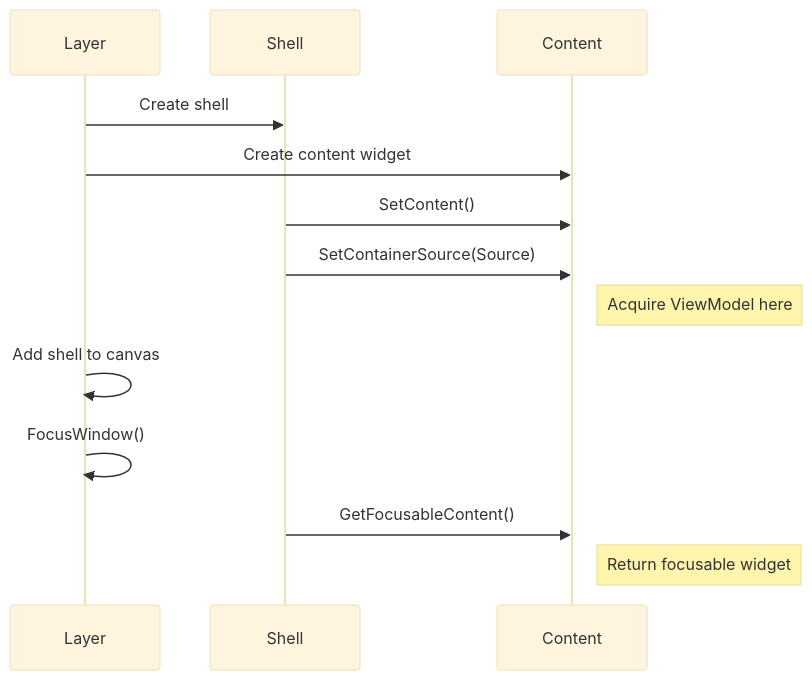
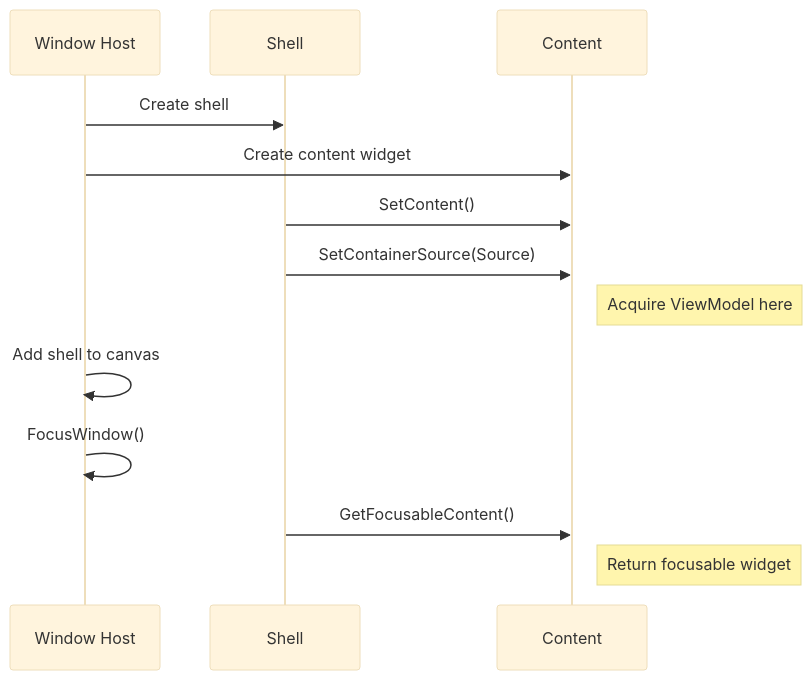
Before and after one commit to outliyr/outliyr-docs: the diagram in outliyr-framework/docs/base-lyra-modified/ui/item-container-ui-system/extension-and-integration/custom-windows.md, drawn with Mermaid (base theme). The commit also changed other lines of this file and 26 other files, not shown here.

````diff
--- a/outliyr-framework/docs/base-lyra-modified/ui/item-container-ui-system/extension-and-integration/custom-windows.md
+++ b/outliyr-framework/docs/base-lyra-modified/ui/item-container-ui-system/extension-and-integration/custom-windows.md
@@ -41,16 +41,16 @@
 ```mermaid
 sequenceDiagram
-    participant Layer
+    participant Layer as Window Host
     participant Shell
     participant Content
 
     Layer->>Shell: Create shell
     Layer->>Content: Create content widget
     Shell->>Content: SetContent()
     Shell->>Content: SetContainerSource(Source)
     Note right of Content: Acquire ViewModel here
     Layer->>Layer: Add shell to canvas
     Layer->>Layer: FocusWindow()
     Shell->>Content: GetFocusableContent()
     Note right of Content: Return focusable widget
 ```
````
